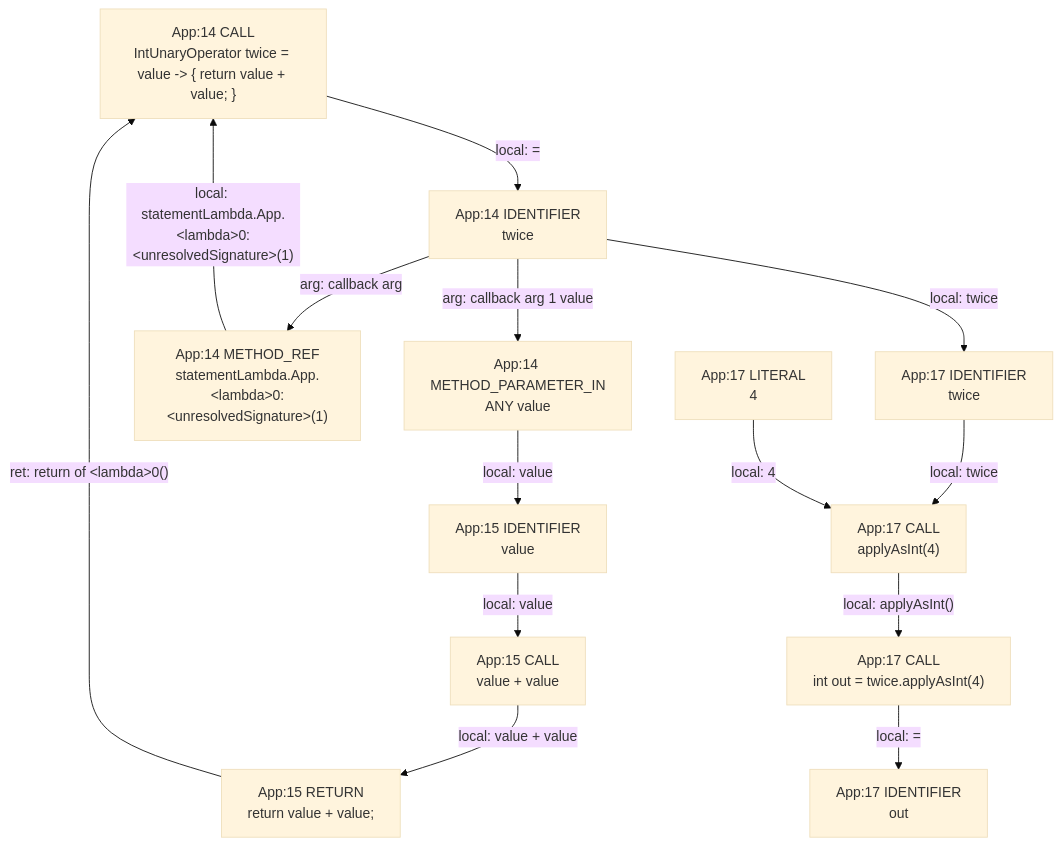
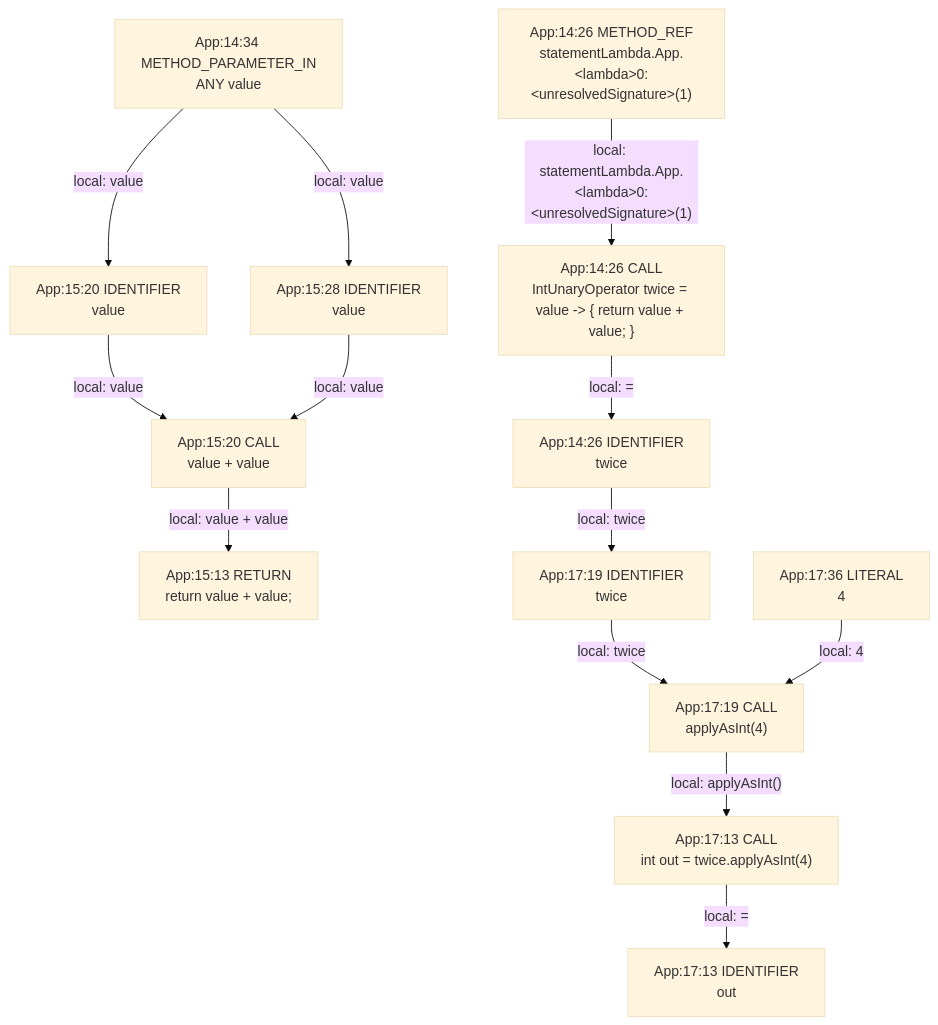
Before and after one commit to gstiebler/codeflow: the diagram in app/src/test/resources/statementLambda/spike-truth.md, drawn with Mermaid (base theme). The commit also changed 154 other files, not shown here.

First line of the commit message:
spike: tell apart nodes by column, and keep operators out of the callback rule

````diff
--- a/app/src/test/resources/statementLambda/spike-truth.md
+++ b/app/src/test/resources/statementLambda/spike-truth.md
@@ -3,28 +3,28 @@
 ```mermaid
 flowchart TD
-  n0["App:14 CALL<br/>IntUnaryOperator twice = value -#gt; { return value + value; }"]
-  n1["App:14 IDENTIFIER<br/>twice"]
-  n2["App:14 METHOD_PARAMETER_IN<br/>ANY value"]
-  n3["App:14 METHOD_REF<br/>statementLambda.App.#lt;lambda#gt;0:#lt;unresolvedSignature#gt;(1)"]
-  n4["App:15 CALL<br/>value + value"]
-  n5["App:15 IDENTIFIER<br/>value"]
-  n6["App:15 RETURN<br/>return value + value;"]
-  n7["App:17 CALL<br/>applyAsInt(4)"]
-  n8["App:17 CALL<br/>int out = twice.applyAsInt(4)"]
-  n9["App:17 IDENTIFIER<br/>out"]
-  n10["App:17 IDENTIFIER<br/>twice"]
-  n11["App:17 LITERAL<br/>4"]
+  n0["App:14:26 CALL<br/>IntUnaryOperator twice = value -#gt; { return value + value; }"]
+  n1["App:14:26 IDENTIFIER<br/>twice"]
+  n2["App:14:26 METHOD_REF<br/>statementLambda.App.#lt;lambda#gt;0:#lt;unresolvedSignature#gt;(1)"]
+  n3["App:14:34 METHOD_PARAMETER_IN<br/>ANY value"]
+  n4["App:15:13 RETURN<br/>return value + value;"]
+  n5["App:15:20 CALL<br/>value + value"]
+  n6["App:15:20 IDENTIFIER<br/>value"]
+  n7["App:15:28 IDENTIFIER<br/>value"]
+  n8["App:17:13 CALL<br/>int out = twice.applyAsInt(4)"]
+  n9["App:17:13 IDENTIFIER<br/>out"]
+  n10["App:17:19 CALL<br/>applyAsInt(4)"]
+  n11["App:17:19 IDENTIFIER<br/>twice"]
+  n12["App:17:36 LITERAL<br/>4"]
   n0 -->|"local: ="| n1
-  n1 -->|"arg: callback arg 1 value"| n2
-  n1 -->|"arg: callback arg"| n3
-  n1 -->|"local: twice"| n10
-  n10 -->|"local: twice"| n7
-  n11 -->|"local: 4"| n7
-  n2 -->|"local: value"| n5
-  n3 -->|"local: statementLambda.App.#lt;lambda#gt;0:#lt;unresolvedSignature#gt;(1)"| n0
-  n4 -->|"local: value + value"| n6
-  n5 -->|"local: value"| n4
-  n6 -->|"ret: return of #lt;lambda#gt;0()"| n0
-  n7 -->|"local: applyAsInt()"| n8
+  n1 -->|"local: twice"| n11
+  n10 -->|"local: applyAsInt()"| n8
+  n11 -->|"local: twice"| n10
+  n12 -->|"local: 4"| n10
+  n2 -->|"local: statementLambda.App.#lt;lambda#gt;0:#lt;unresolvedSignature#gt;(1)"| n0
+  n3 -->|"local: value"| n6
+  n3 -->|"local: value"| n7
+  n5 -->|"local: value + value"| n4
+  n6 -->|"local: value"| n5
+  n7 -->|"local: value"| n5
   n8 -->|"local: ="| n9
 ```
````
